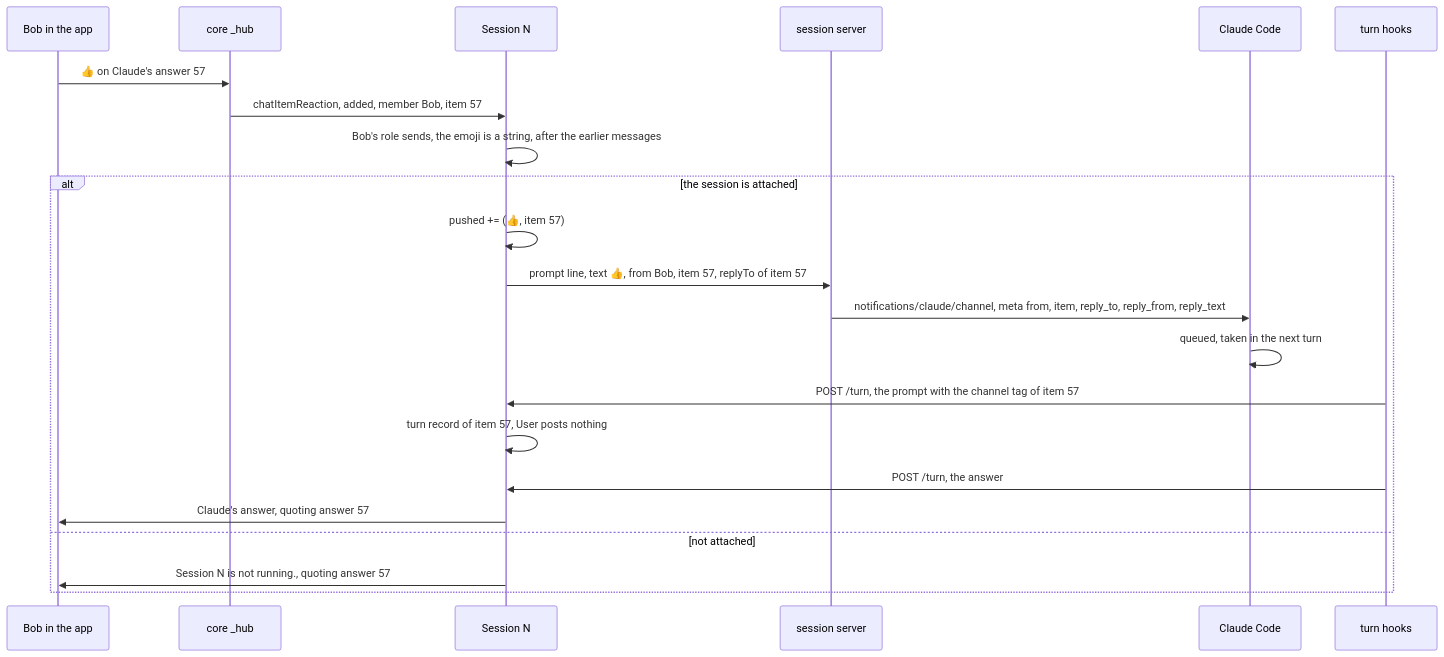
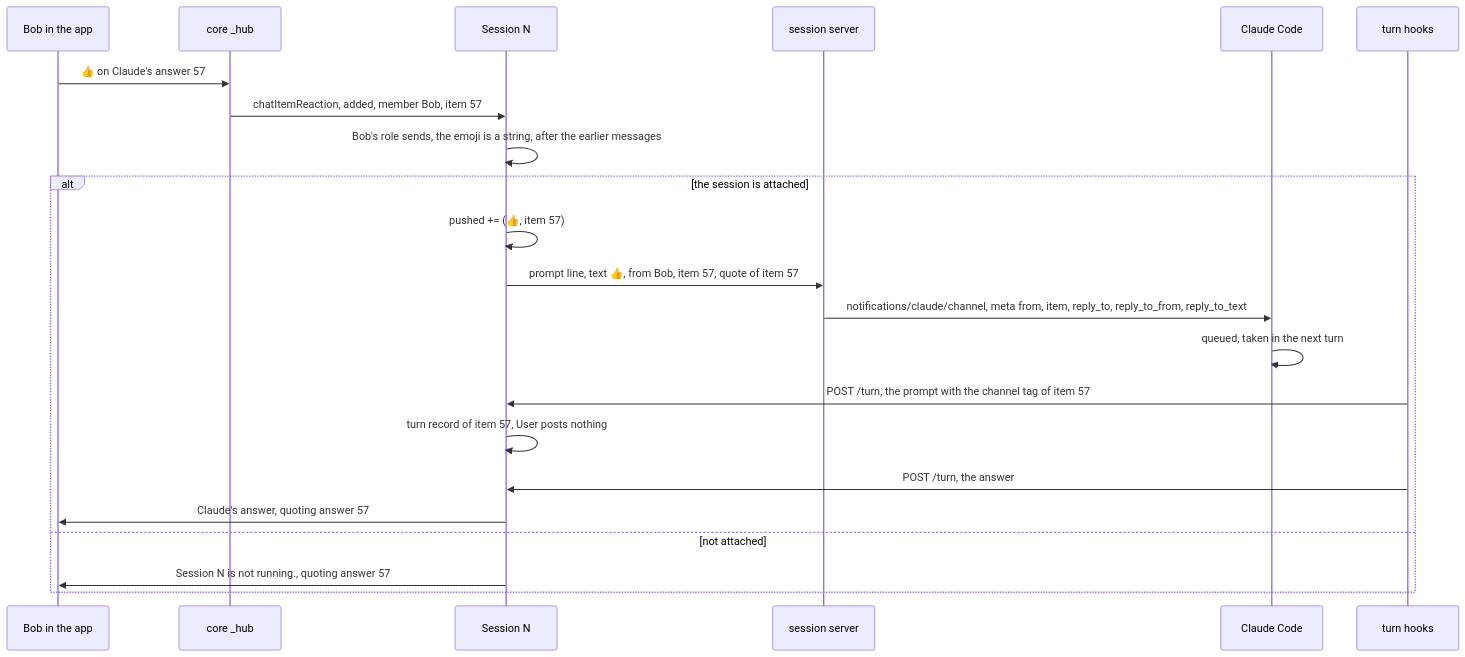
Before and after one commit to simplex-chat/simplex-chat: the first of 4 diagrams in plans/2026-11-12-mcp-reactions.md, drawn with Mermaid. The commit also changed other lines of this file, not shown here.

Commit message:
plan: mcp-reactions, quote vocabulary of mcp-replies

````diff
--- a/plans/2026-11-12-mcp-reactions.md
+++ b/plans/2026-11-12-mcp-reactions.md
@@ -80,24 +84,24 @@
 ```mermaid
 sequenceDiagram
   participant B as Bob in the app
   participant C as core _hub
   participant N as Session N
   participant S as session server
   participant CC as Claude Code
   participant HK as turn hooks
   B->>C: 👍 on Claude's answer 57
   C->>N: chatItemReaction, added, member Bob, item 57
   N->>N: Bob's role sends, the emoji is a string, after the earlier messages
   alt the session is attached
     N->>N: pushed += (👍, item 57)
-    N->>S: prompt line, text 👍, from Bob, item 57, replyTo of item 57
-    S->>CC: notifications/claude/channel, meta from, item, reply_to, reply_from, reply_text
+    N->>S: prompt line, text 👍, from Bob, item 57, quote of item 57
+    S->>CC: notifications/claude/channel, meta from, item, reply_to, reply_to_from, reply_to_text
     CC->>CC: queued, taken in the next turn
     HK->>N: POST /turn, the prompt with the channel tag of item 57
     N->>N: turn record of item 57, User posts nothing
     HK->>N: POST /turn, the answer
     N->>B: Claude's answer, quoting answer 57
   else not attached
     N->>B: Session N is not running., quoting answer 57
   end
 ```
````
